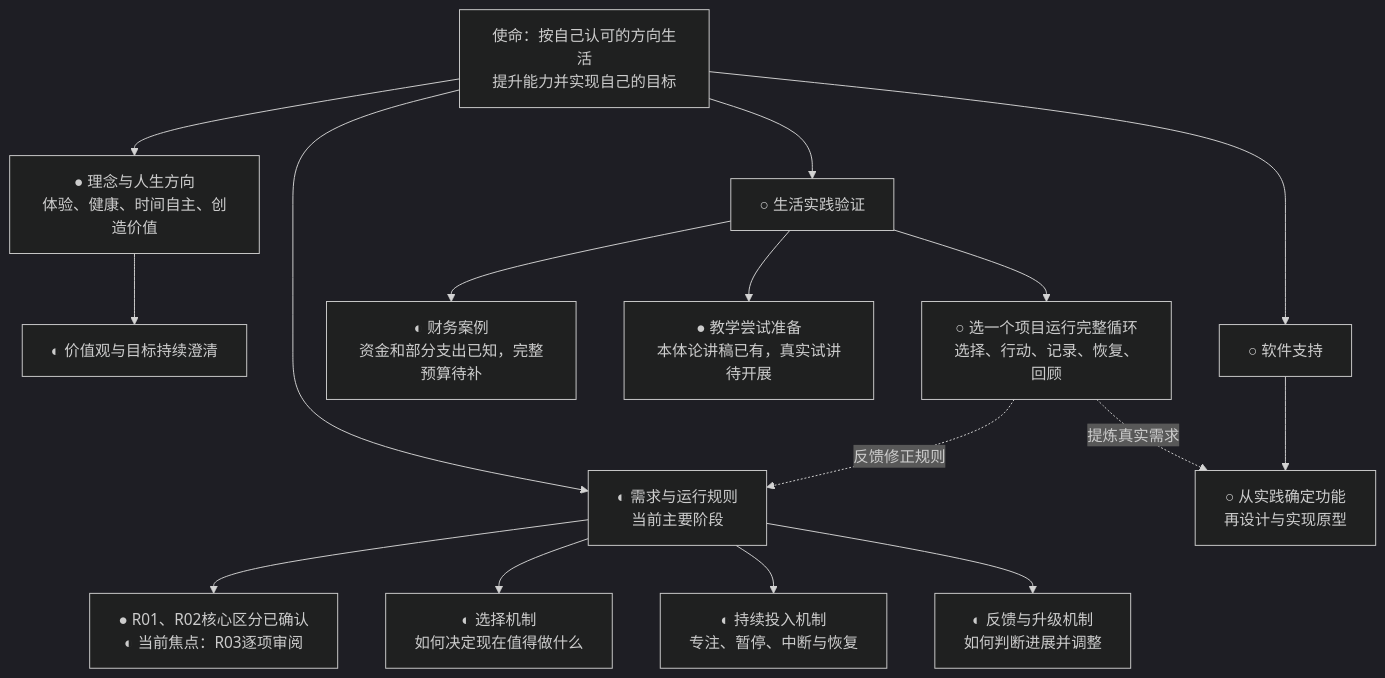
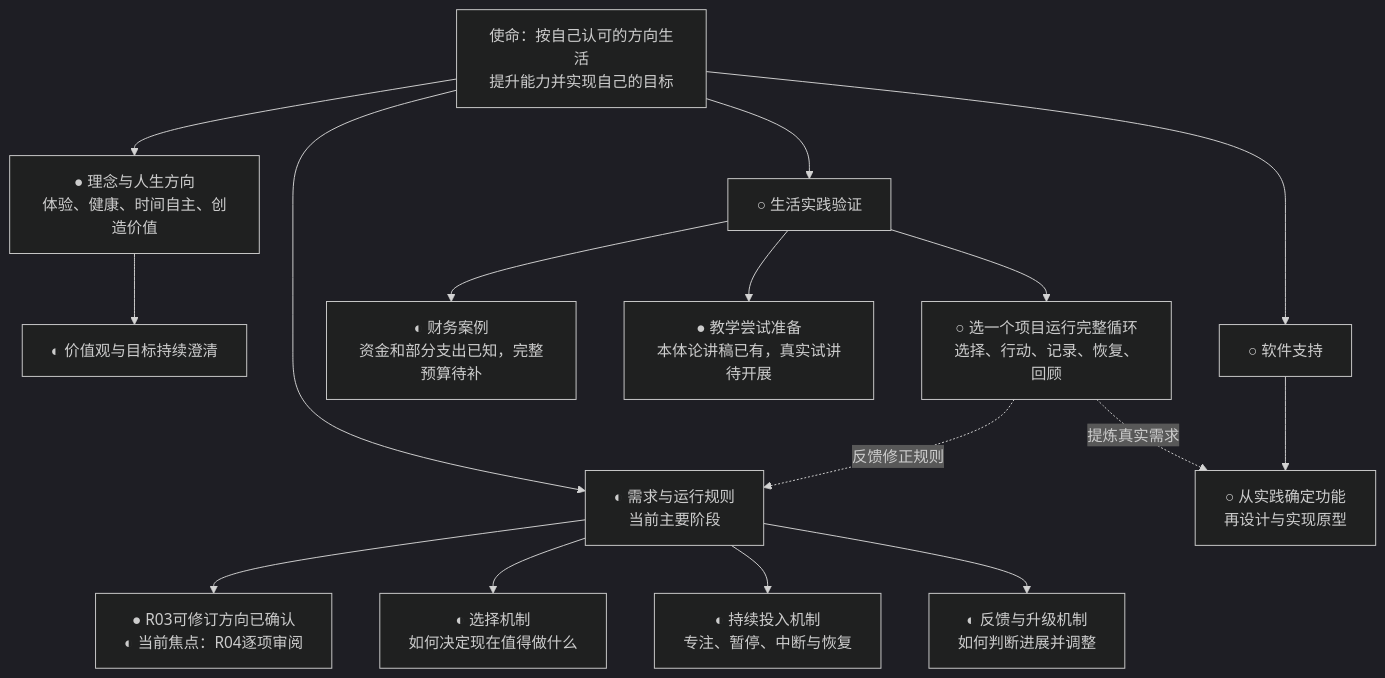
The first of 2 diagrams in 项目/人生飞轮/项目推进图.md (fangjiaqi2023-jpg/life-flywheel), drawn with Mermaid (dark theme) before and after one commit. The commit also changed other lines of this file, not shown here.

````diff
--- a/项目/人生飞轮/项目推进图.md
+++ b/项目/人生飞轮/项目推进图.md
@@ -11,22 +11,22 @@
 ```mermaid
 flowchart TD
     M[使命：按自己认可的方向生活<br/>提升能力并实现自己的目标]
     M --> A[● 理念与人生方向<br/>体验、健康、时间自主、创造价值]
     M --> B[◐ 需求与运行规则<br/>当前主要阶段]
     M --> C[○ 生活实践验证]
     M --> D[○ 软件支持]
 
     A --> A1[◐ 价值观与目标持续澄清]
-    B --> B0[● R01、R02核心区分已确认<br/>◐ 当前焦点：R03逐项审阅]
+    B --> B0[● R03可修订方向已确认<br/>◐ 当前焦点：R04逐项审阅]
     B --> B1[◐ 选择机制<br/>如何决定现在值得做什么]
     B --> B2[◐ 持续投入机制<br/>专注、暂停、中断与恢复]
     B --> B3[◐ 反馈与升级机制<br/>如何判断进展并调整]
 
     C --> C1[◐ 财务案例<br/>资金和部分支出已知，完整预算待补]
     C --> C2[● 教学尝试准备<br/>本体论讲稿已有，真实试讲待开展]
     C --> C3[○ 选一个项目运行完整循环<br/>选择、行动、记录、恢复、回顾]
     D --> D1[○ 从实践确定功能<br/>再设计与实现原型]
 
     C3 -.反馈修正规则.-> B
     C3 -.提炼真实需求.-> D1
 ```
````
